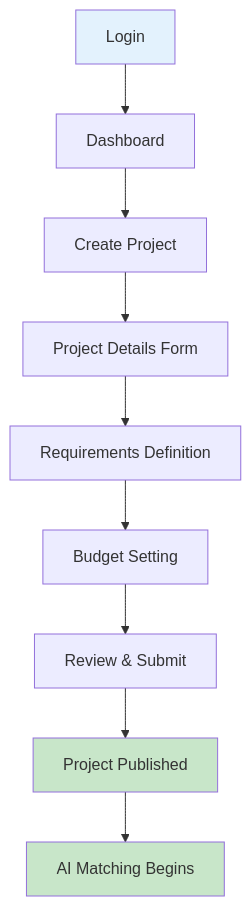
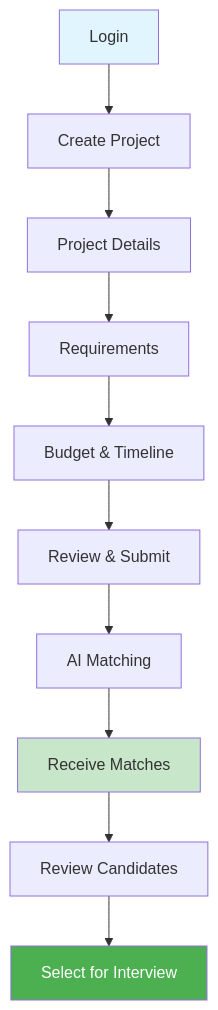
The fifth of 8 diagrams in docs/user-experience-guide.md (counttalita/benchwarmers), drawn with Mermaid before and after one commit. The commit also changed other lines of this file and 8 other files, not shown here.

First line of the commit message:
fix: update documentation to reflect correct talent marketplace flow

````diff
--- a/docs/user-experience-guide.md
+++ b/docs/user-experience-guide.md
@@ -210,15 +183,16 @@
 ```mermaid
 graph TD
-    A[Login] --> B[Dashboard]
-    B --> C[Create Project]
-    C --> D[Project Details Form]
-    D --> E[Requirements Definition]
-    E --> F[Budget Setting]
-    F --> G[Review & Submit]
-    G --> H[Project Published]
-    H --> I[AI Matching Begins]
+    A[Login] --> B[Create Project]
+    B --> C[Project Details]
+    C --> D[Requirements]
+    D --> E[Budget & Timeline]
+    E --> F[Review & Submit]
+    F --> G[AI Matching]
+    G --> H[Receive Matches]
+    H --> I[Review Candidates]
+    I --> J[Select for Interview]
     
-    style A fill:#e3f2fd
+    style A fill:#e1f5fe
     style H fill:#c8e6c9
-    style I fill:#c8e6c9
+    style J fill:#4caf50,color:#fff
 ```
````
